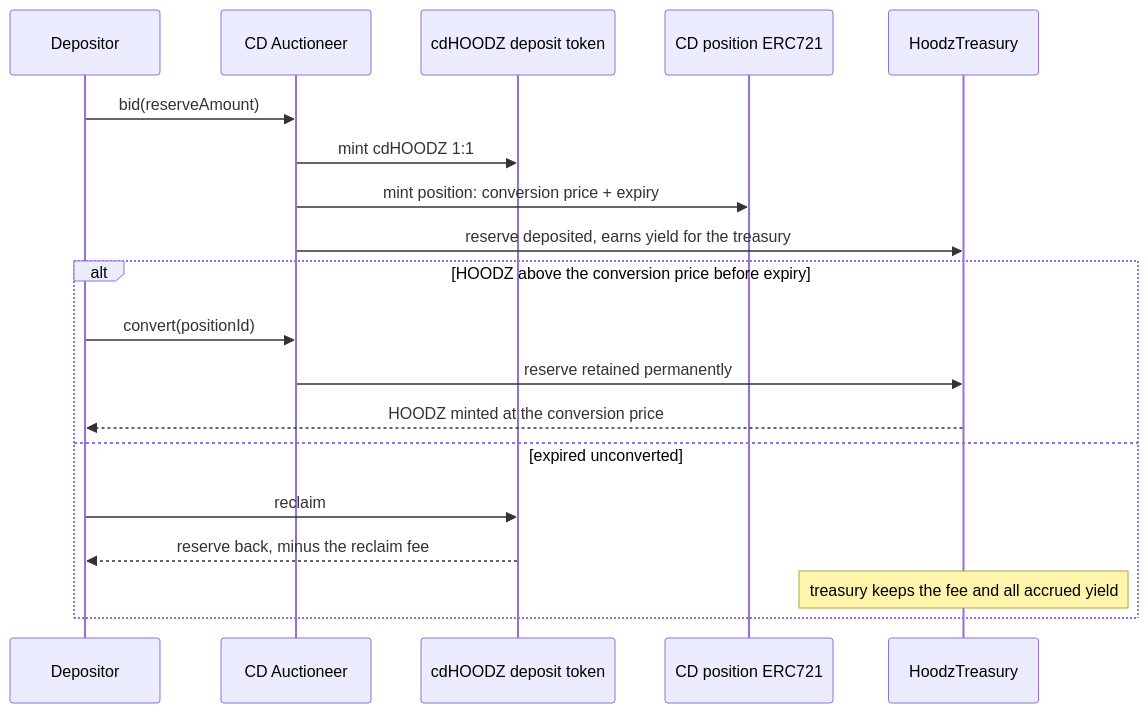
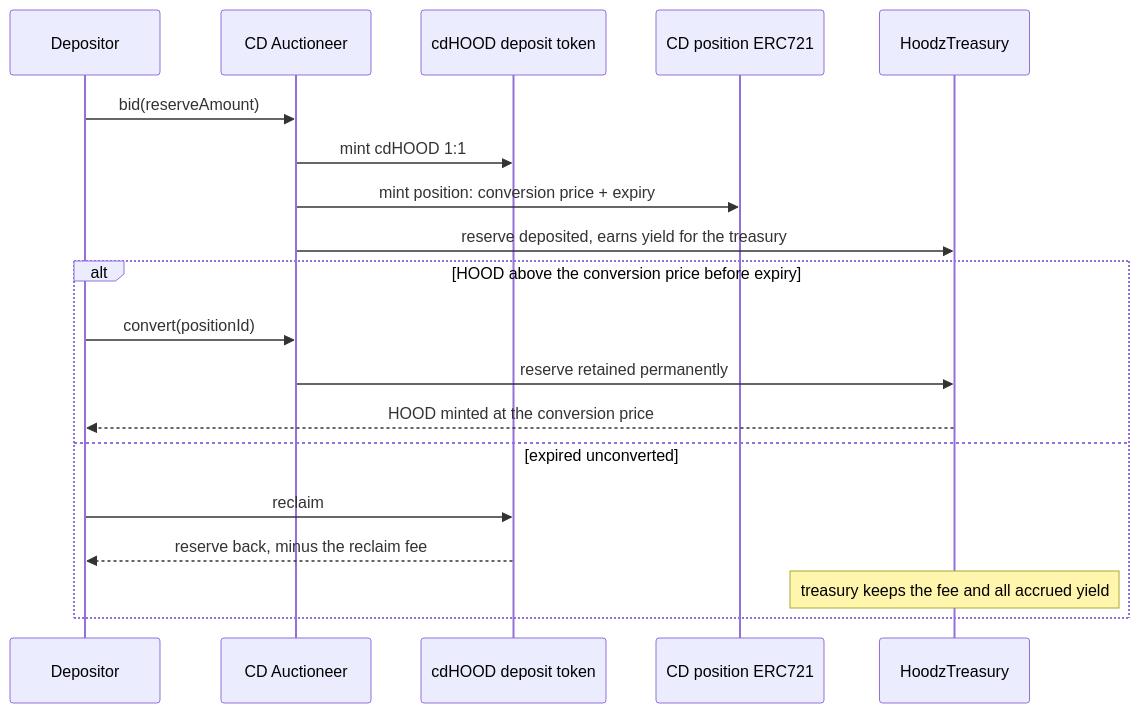
One commit to averageballer13/Hoodz changed the eighth of 10 diagrams in docs/PROTOCOL.md. Above: the diagram before and after it, drawn with Mermaid. The commit also changed other lines of this file and 109 other files, not shown here.

First line of the commit message:
Rename the token to HOOD, new X handle, new deploy wallet

````diff
--- a/docs/PROTOCOL.md
+++ b/docs/PROTOCOL.md
@@ -712,23 +712,23 @@
 ```mermaid
 sequenceDiagram
     participant U as Depositor
     participant AUC as CD Auctioneer
-    participant DEP as cdHOODZ deposit token
+    participant DEP as cdHOOD deposit token
     participant POS as CD position ERC721
     participant TRE as HoodzTreasury
 
     U->>AUC: bid(reserveAmount)
-    AUC->>DEP: mint cdHOODZ 1:1
+    AUC->>DEP: mint cdHOOD 1:1
     AUC->>POS: mint position: conversion price + expiry
     AUC->>TRE: reserve deposited, earns yield for the treasury
 
-    alt HOODZ above the conversion price before expiry
+    alt HOOD above the conversion price before expiry
         U->>AUC: convert(positionId)
         AUC->>TRE: reserve retained permanently
-        TRE-->>U: HOODZ minted at the conversion price
+        TRE-->>U: HOOD minted at the conversion price
     else expired unconverted
         U->>DEP: reclaim
         DEP-->>U: reserve back, minus the reclaim fee
         Note over TRE: treasury keeps the fee and all accrued yield
     end
 ```
````
